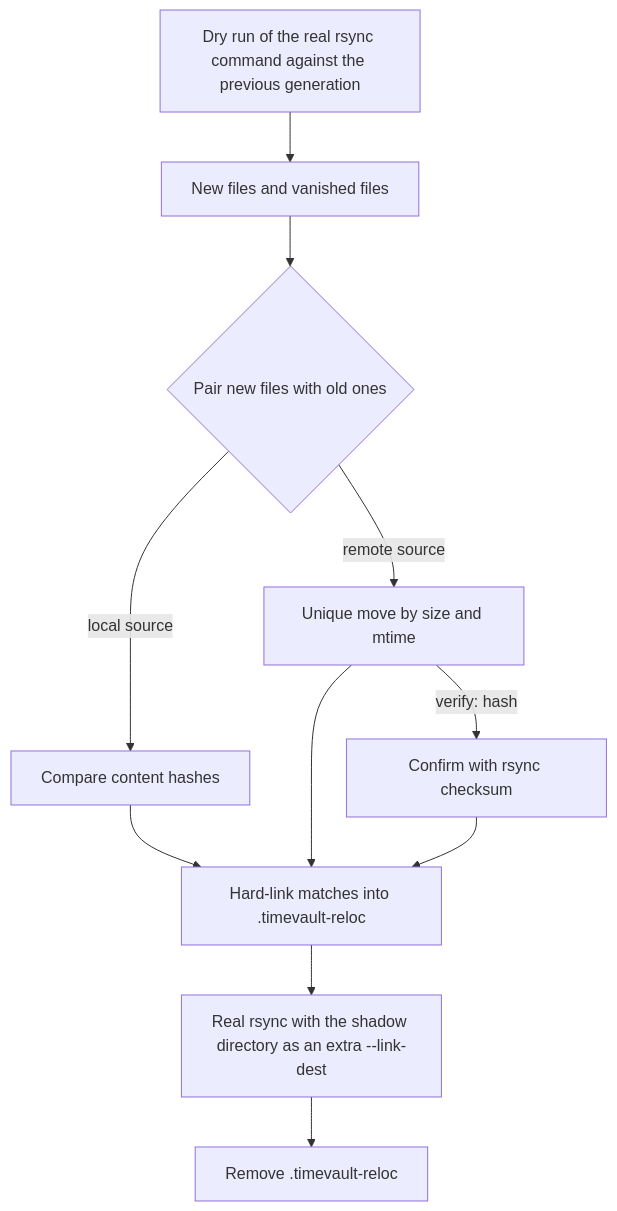
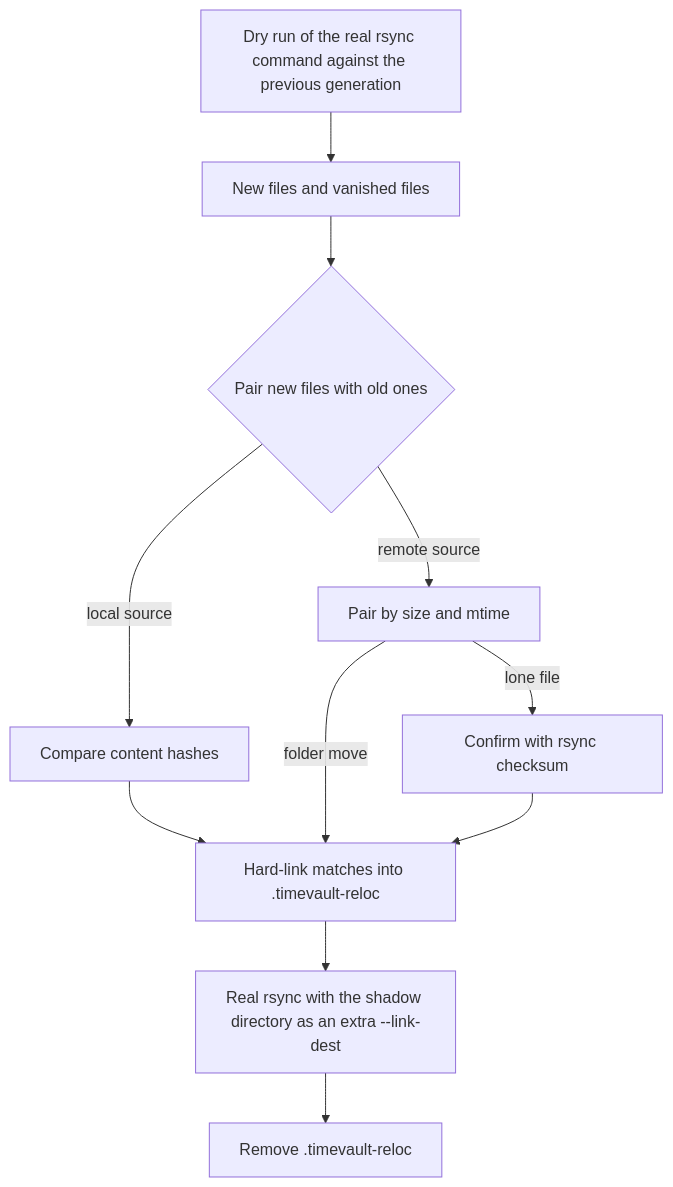
The diagram in docs/relocation.md (johnjoeallen/timevault), drawn with Mermaid before and after one commit. The commit also changed other lines of this file and 8 other files, not shown here.

First line of the commit message:
Refine moved-file verification: size cap and folder-move evidence

````diff
--- a/docs/relocation.md
+++ b/docs/relocation.md
@@ -16,13 +16,13 @@
 ```mermaid
 flowchart TD
     A[Dry run of the real rsync command against the previous generation] --> B[New files and vanished files]
     B --> C{Pair new files with old ones}
     C -->|local source| D[Compare content hashes]
-    C -->|remote source| E[Unique move by size and mtime]
-    E -->|verify: hash| F[Confirm with rsync checksum]
+    C -->|remote source| E[Pair by size and mtime]
+    E -->|folder move| G
+    E -->|lone file| F[Confirm with rsync checksum]
     D --> G[Hard-link matches into .timevault-reloc]
-    E --> G
     F --> G
     G --> H[Real rsync with the shadow directory as an extra --link-dest]
     H --> I[Remove .timevault-reloc]
 ```
````
